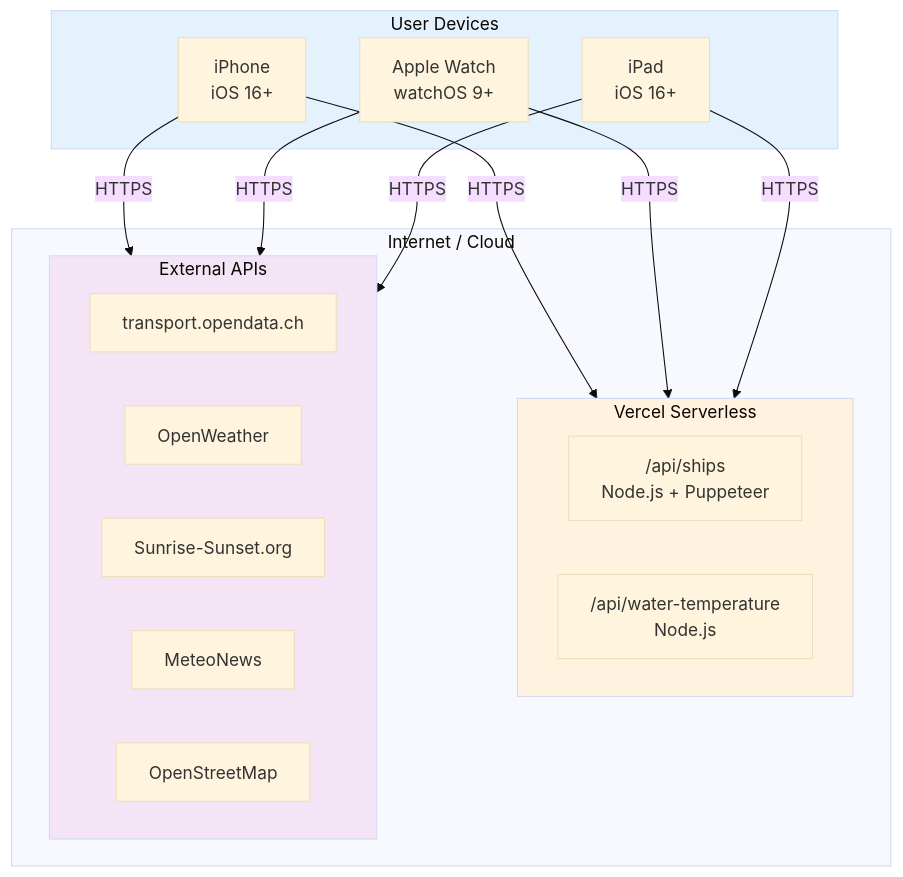
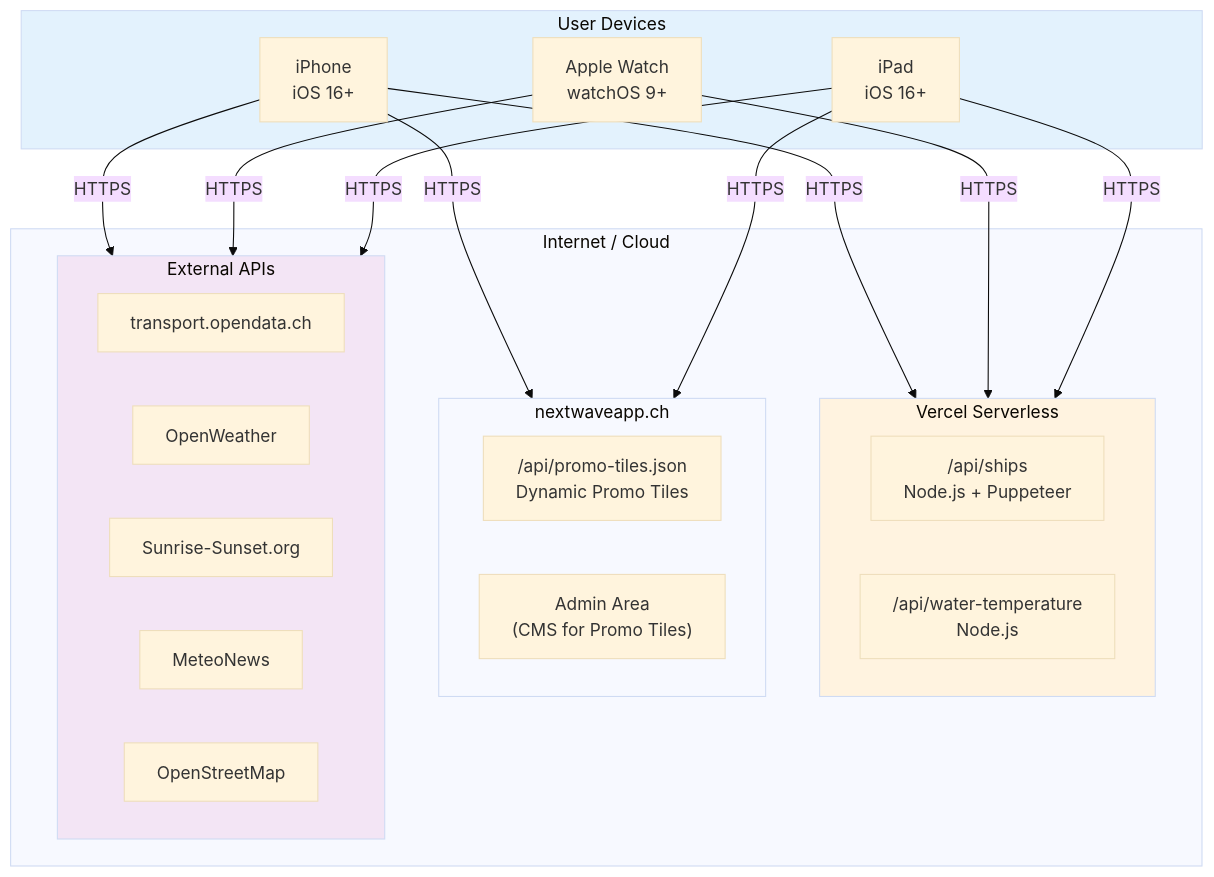
Before and after one commit to pfederi/Next-Wave: diagram 22 of 23 in ARC42_DOCUMENTATION.md, drawn with Mermaid (base theme). The commit also changed other lines of this file and 22 other files, not shown here.

````diff
--- a/ARC42_DOCUMENTATION.md
+++ b/ARC42_DOCUMENTATION.md
@@ -854,34 +858,41 @@
 ```mermaid
 graph TB
     subgraph Devices["User Devices"]
         iPhone["iPhone<br/>iOS 16+"]
         Watch["Apple Watch<br/>watchOS 9+"]
         iPad["iPad<br/>iOS 16+"]
     end
     
     subgraph Cloud["Internet / Cloud"]
         subgraph Vercel["Vercel Serverless"]
             Ships["/api/ships<br/>Node.js + Puppeteer"]
             WaterTemp["/api/water-temperature<br/>Node.js"]
         end
         
+        subgraph Website["nextwaveapp.ch"]
+            PromoAPI["/api/promo-tiles.json<br/>Dynamic Promo Tiles"]
+            Admin["Admin Area<br/>(CMS for Promo Tiles)"]
+        end
+        
         subgraph External["External APIs"]
             Transport["transport.opendata.ch"]
             Weather["OpenWeather"]
             Sun["Sunrise-Sunset.org"]
             Meteo["MeteoNews"]
             OSM["OpenStreetMap"]
         end
     end
     
     iPhone -->|HTTPS| Vercel
+    iPhone -->|HTTPS| Website
     iPhone -->|HTTPS| External
     Watch -->|HTTPS| Vercel
     Watch -->|HTTPS| External
     iPad -->|HTTPS| Vercel
+    iPad -->|HTTPS| Website
     iPad -->|HTTPS| External
     
     style Devices fill:#e3f2fd
     style Vercel fill:#fff3e0
     style External fill:#f3e5f5
 ```
````
